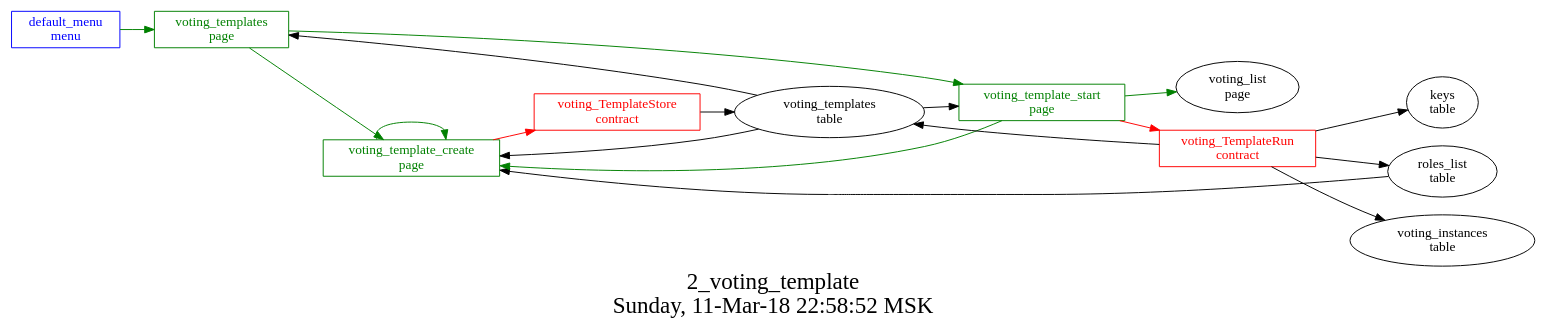
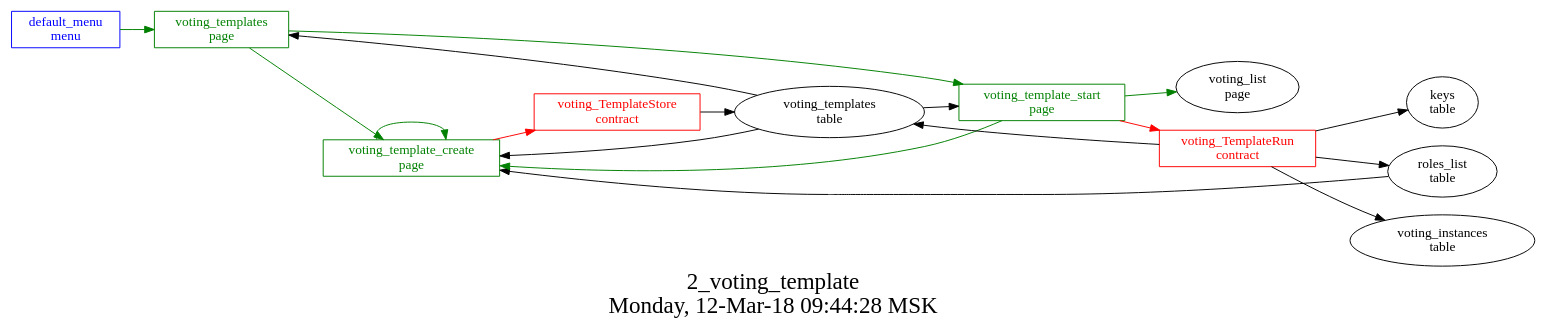
Before and after one commit to AplaProject/apps: the diagram in src/basic/basic_main/2_voting_templates/struct.dot, drawn with Graphviz. The commit also changed 3 other files, not shown here.

```diff
--- a/src/basic/basic_main/2_voting_templates/struct.dot
+++ b/src/basic/basic_main/2_voting_templates/struct.dot
@@ -1,34 +1,34 @@
 digraph G {
 graph [
   fontsize="24";
-  label="2_voting_template\nSunday, 11-Mar-18 22:58:52 MSK";
+  label="2_voting_template\nMonday, 12-Mar-18 09:44:28 MSK";
   nojustify=true;
   ordering=out;
   rankdir=LR;
   size="30";
 ];
 "default_menu\nmenu" -> "voting_templates\npage"  [ color=green ]
 "default_menu\nmenu" [color=blue, fontcolor=blue, group=menus, shape=record];
 "voting_template_create\npage" -> "voting_TemplateStore\ncontract"  [ color=red ]
 "voting_templates\ntable" -> "voting_template_create\npage"  [ color="" ]
 "roles_list\ntable" -> "voting_template_create\npage"  [ color="" ]
 "voting_template_create\npage" -> "voting_template_create\npage"  [ color=green ]
 "voting_template_create\npage" [color=green, fontcolor=green, group=pages, shape=record];
 "voting_template_start\npage" -> "voting_TemplateRun\ncontract"  [ color=red ]
 "voting_templates\ntable" -> "voting_template_start\npage"  [ color="" ]
 "voting_template_start\npage" -> "voting_template_create\npage"  [ color=green ]
 "voting_template_start\npage" -> "voting_list\npage"  [ color=green ]
 "voting_template_start\npage" [color=green, fontcolor=green, group=pages, shape=record];
 "voting_templates\ntable" -> "voting_templates\npage"  [ color="" ]
 "voting_templates\npage" -> "voting_template_start\npage"  [ color=green ]
 "voting_templates\npage" -> "voting_template_create\npage"  [ color=green ]
 "voting_templates\npage" [color=green, fontcolor=green, group=pages, shape=record];
 "voting_TemplateRun\ncontract" -> "voting_templates\ntable"  [ color="" ]
 "voting_TemplateRun\ncontract" -> "keys\ntable"  [ color="" ]
 "voting_TemplateRun\ncontract" -> "roles_list\ntable"  [ color="" ]
 "voting_TemplateRun\ncontract" -> "voting_instances\ntable"  [ color="" ]
 "voting_TemplateRun\ncontract" [color=red, fontcolor=red, group=contracts, shape=record];
 "voting_TemplateStore\ncontract" -> "voting_templates\ntable"  [ color="" ]
 "voting_TemplateStore\ncontract" [color=red, fontcolor=red, group=contracts, shape=record];
 "voting_templates\ntable" [color="", fontcolor="", group=tables, shape=""];
 }
```
